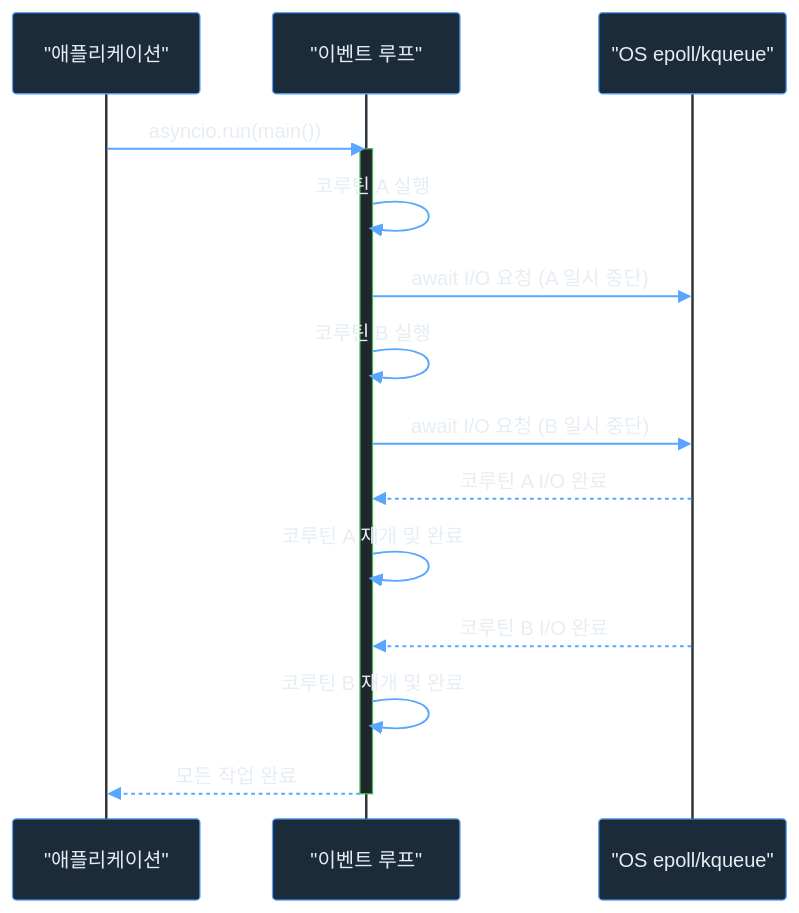
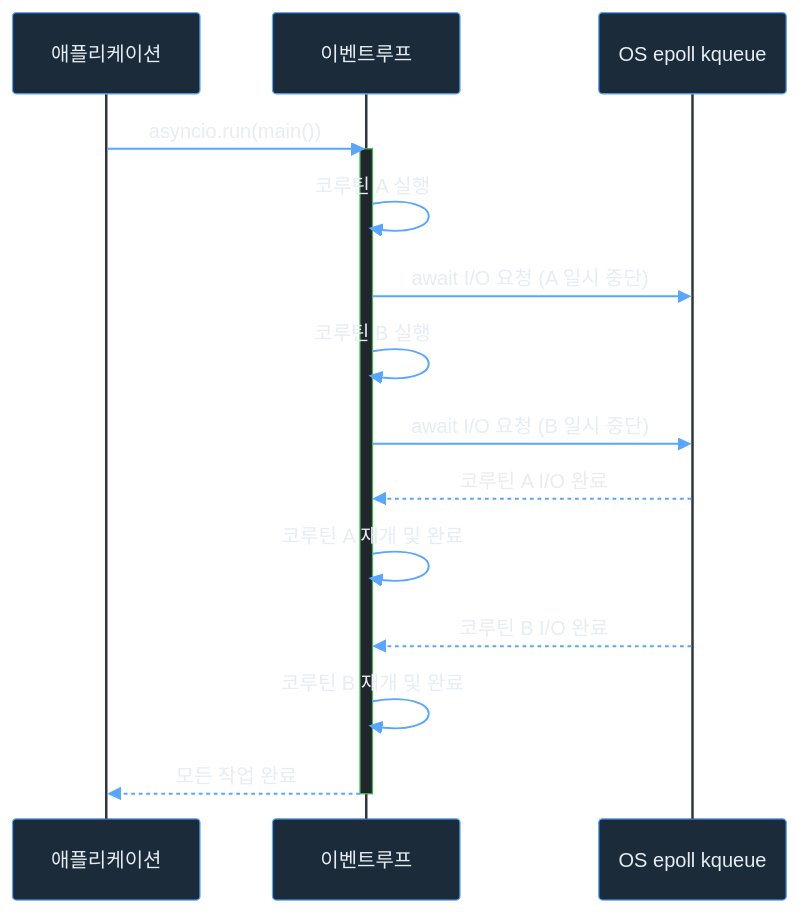
The third of 9 diagrams in _posts/Programming/Python/AsynchronousIO/2026-03-08-asynchronous_io.md (seongcheoljeon/seongcheoljeon.github.io), drawn with Mermaid before and after one commit. The commit also changed other lines of this file, not shown here.

````diff
--- a/_posts/Programming/Python/AsynchronousIO/2026-03-08-asynchronous_io.md
+++ b/_posts/Programming/Python/AsynchronousIO/2026-03-08-asynchronous_io.md
@@ -106,23 +119,23 @@
 ```mermaid
 %%{init: {"theme": "base", "themeVariables": { "background": "#0d1117", "primaryColor": "#1c2b3a", "primaryTextColor": "#e6edf3", "primaryBorderColor": "#58a6ff", "lineColor": "#58a6ff", "secondaryColor": "#162232", "tertiaryColor": "#1a2d1a", "actorBkg": "#1c2b3a", "actorBorder": "#58a6ff", "actorTextColor": "#e6edf3", "actorLineColor": "#30363d", "signalColor": "#58a6ff", "signalTextColor": "#e6edf3", "labelBoxBkgColor": "#21262d", "labelBoxBorderColor": "#58a6ff", "labelTextColor": "#e6edf3", "loopTextColor": "#e6edf3", "noteBkgColor": "#2d2a00", "noteBorderColor": "#e3b341", "noteTextColor": "#e3b341", "activationBkgColor": "#21262d", "activationBorderColor": "#3fb950" }}}%%
 sequenceDiagram
-    participant A as "애플리케이션"
-    participant L as "이벤트 루프"
-    participant O as "OS epoll/kqueue"
+    participant A as 애플리케이션
+    participant L as 이벤트루프
+    participant O as OS epoll kqueue
 
     A->>L: asyncio.run(main())
     activate L
 
     L->>L: 코루틴 A 실행
     L->>O: await I/O 요청 (A 일시 중단)
     L->>L: 코루틴 B 실행
     L->>O: await I/O 요청 (B 일시 중단)
 
     O-->>L: 코루틴 A I/O 완료
     L->>L: 코루틴 A 재개 및 완료
     O-->>L: 코루틴 B I/O 완료
     L->>L: 코루틴 B 재개 및 완료
 
     L-->>A: 모든 작업 완료
     deactivate L
 ```
````
